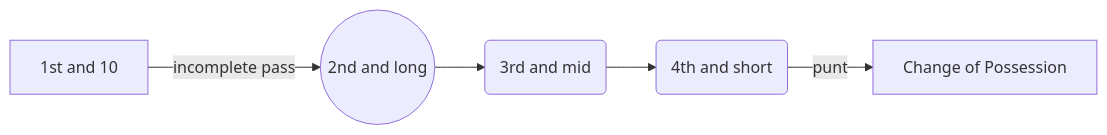
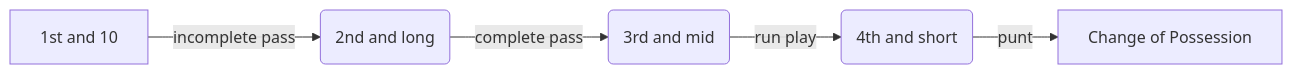
One commit to ecavan/Markov_Modelling changed the diagram in README.md. Above: the diagram before and after it, drawn with Mermaid.

````diff
--- a/README.md
+++ b/README.md
@@ -25,4 +25,4 @@
 ```mermaid
 graph LR
-A[1st and 10] -- incomplete pass --> B((2nd and long)) --> C(3rd and mid) --> D(4th and short) -- punt --> E[Change of Possession]
+A[1st and 10] -- incomplete pass --> B(2nd and long) -- complete pass --> C(3rd and mid) -- run play --> D(4th and short) -- punt --> E[Change of Possession]
 ```
````
